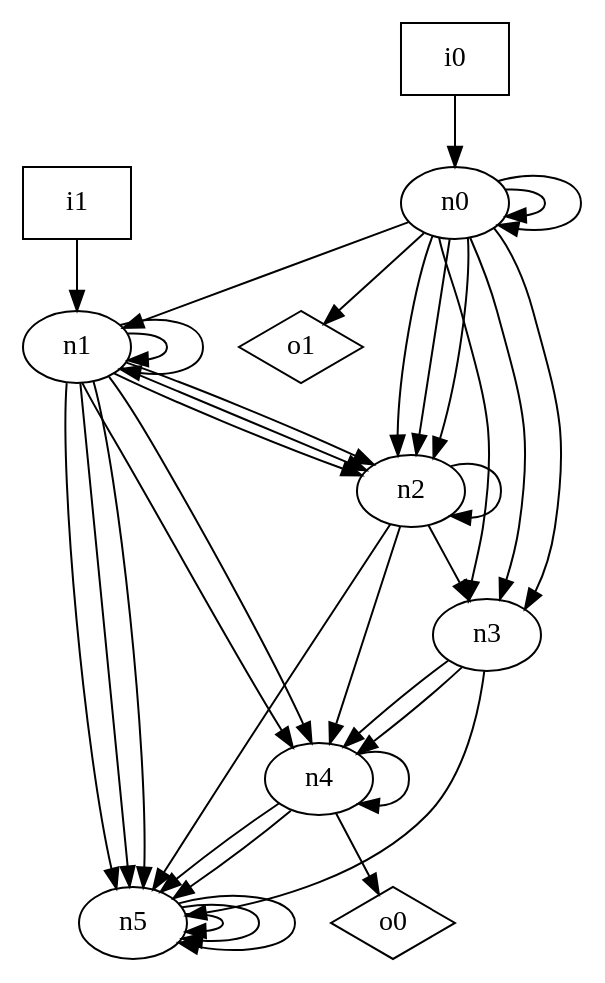
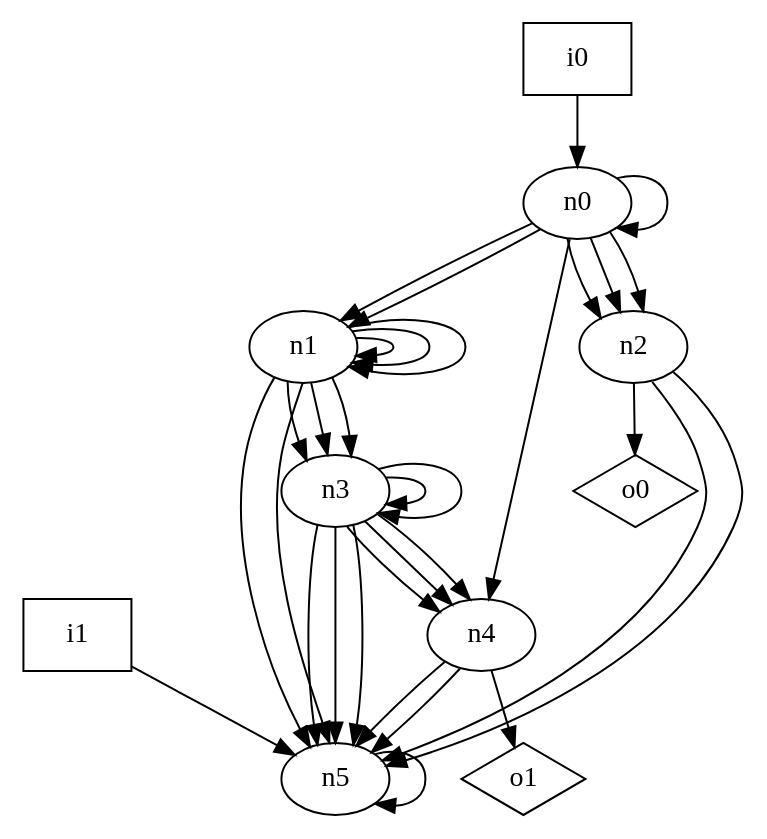
The diagram in dot_files/random_graph/DAG_graph.dot (p9romain/bool-circuits), drawn with Graphviz before and after one commit. The commit also changed 73 other files, not shown here.

```diff
--- a/dot_files/random_graph/DAG_graph.dot
+++ b/dot_files/random_graph/DAG_graph.dot
@@ -1,48 +1,44 @@
 digraph G {
 n0 [label="n0"];
 n1 [label="n1"];
 n2 [label="n2"];
 n3 [label="n3"];
 n4 [label="n4"];
 n5 [label="n5"];
 n6 [label="i0",shape="box"];
 n7 [label="i1",shape="box"];
 n8 [label="o0",shape="diamond"];
 n9 [label="o1",shape="diamond"];
 n0 -> n0
-n0 -> n0
+n0 -> n1
 n0 -> n1
 n0 -> n2
 n0 -> n2
 n0 -> n2
-n0 -> n3
-n0 -> n3
-n0 -> n3
-n0 -> n9
+n0 -> n4
 n1 -> n1
 n1 -> n1
-n1 -> n2
-n1 -> n2
-n1 -> n2
-n1 -> n4
-n1 -> n4
+n1 -> n1
+n1 -> n3
+n1 -> n3
+n1 -> n3
 n1 -> n5
 n1 -> n5
-n1 -> n5
-n2 -> n2
-n2 -> n3
-n2 -> n4
 n2 -> n5
+n2 -> n5
+n2 -> n8
+n3 -> n3
+n3 -> n3
+n3 -> n4
 n3 -> n4
 n3 -> n4
 n3 -> n5
-n4 -> n4
+n3 -> n5
+n3 -> n5
 n4 -> n5
 n4 -> n5
-n4 -> n8
-n5 -> n5
-n5 -> n5
+n4 -> n9
 n5 -> n5
 n6 -> n0
-n7 -> n1
+n7 -> n5
 }
```
